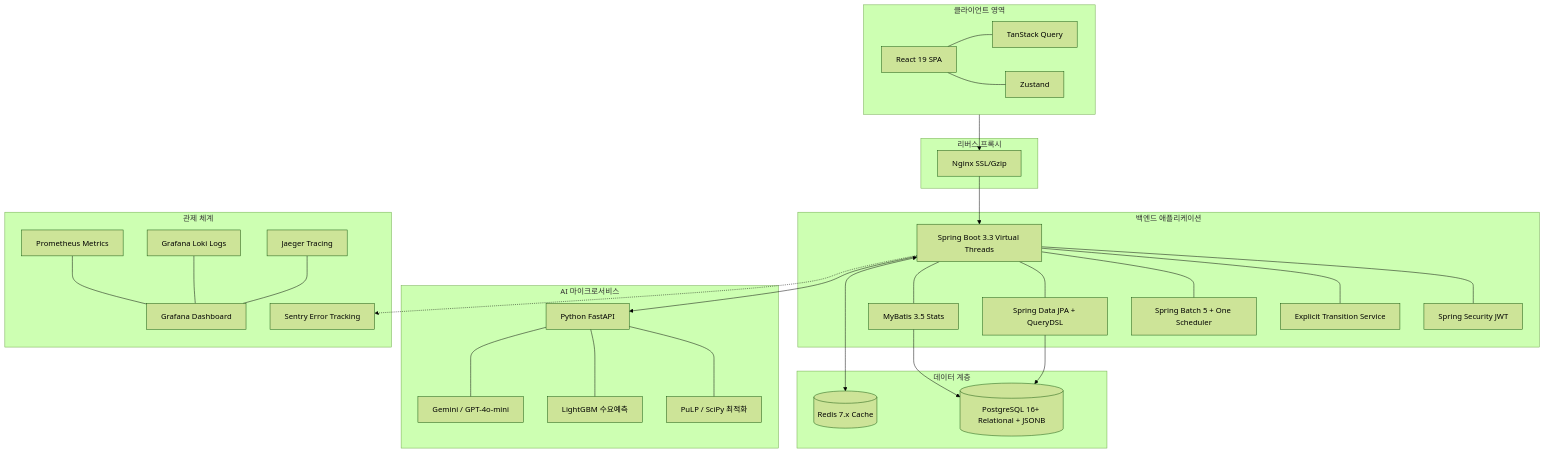
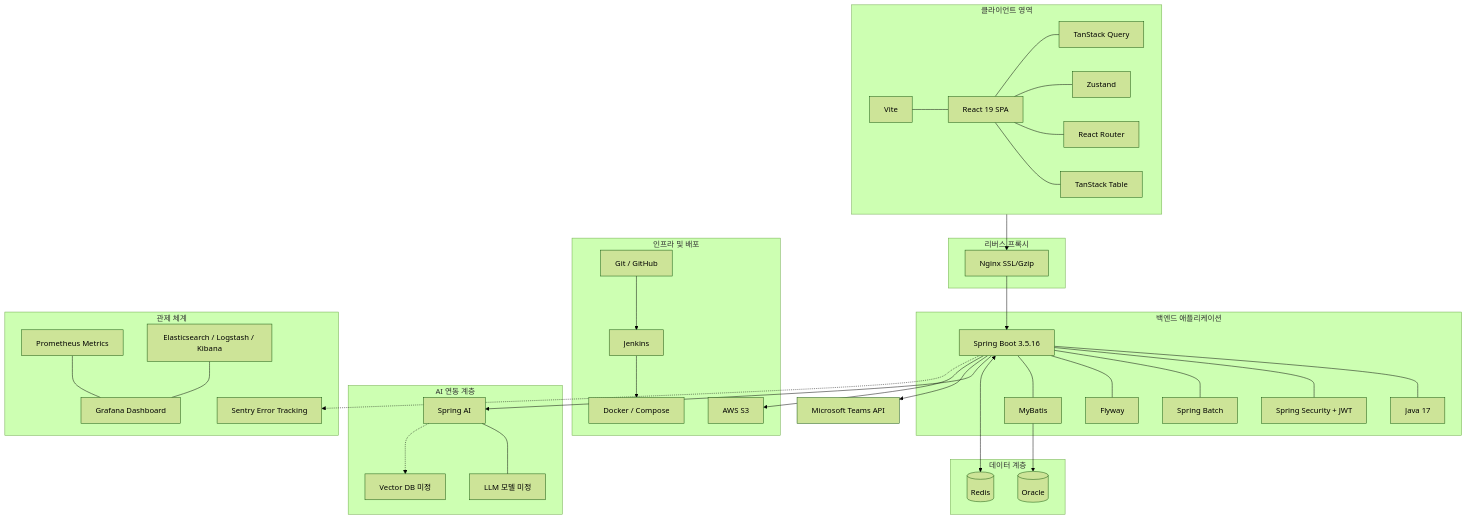
Before and after one commit to kimjunha1231/stock: the diagram in docs/architecture-and-tech-stack.md, drawn with Mermaid (forest theme). The commit also changed other lines of this file and 114 other files, not shown here.

````diff
--- a/docs/architecture-and-tech-stack.md
+++ b/docs/architecture-and-tech-stack.md
@@ -101,64 +90,77 @@
 ```mermaid
 flowchart TB
     subgraph Client [클라이언트 영역]
         UI[React 19 SPA]
+        Router[React Router]
+        Build[Vite]
         Query[TanStack Query]
         Store[Zustand]
+        Table[TanStack Table]
         UI --- Query
         UI --- Store
+        UI --- Router
+        UI --- Table
+        Build --- UI
     end
 
     subgraph WebServer [리버스 프록시]
         Nginx[Nginx SSL/Gzip]
     end
 
     subgraph AppCluster [백엔드 애플리케이션]
-        API[Spring Boot 3.3 Virtual Threads]
-        Security[Spring Security JWT]
-        StateMachine[Explicit Transition Service]
-        Batch[Spring Batch 5 + One Scheduler]
-        JPA[Spring Data JPA + QueryDSL]
-        MyBatis[MyBatis 3.5 Stats]
+        API[Spring Boot 3.5.16]
+        Runtime[Java 17]
+        Security[Spring Security + JWT]
+        Batch[Spring Batch]
+        Migration[Flyway]
+        MyBatis[MyBatis]
         
+        API --- Runtime
         API --- Security
-        API --- StateMachine
         API --- Batch
-        API --- JPA
+        API --- Migration
         API --- MyBatis
     end
 
     subgraph DataStorage [데이터 계층]
-        PG[(PostgreSQL 16+ Relational + JSONB)]
-        Redis[(Redis 7.x Cache)]
+        Oracle[(Oracle)]
+        Redis[(Redis)]
     end
 
-    subgraph AIService [AI 마이크로서비스]
-        FastAPI[Python FastAPI]
-        PuLP[PuLP / SciPy 최적화]
-        ML[LightGBM 수요예측]
-        LLM[Gemini / GPT-4o-mini]
-        
-        FastAPI --- PuLP
-        FastAPI --- ML
-        FastAPI --- LLM
+    subgraph AIService [AI 연동 계층]
+        SpringAI[Spring AI]
+        LLM[LLM 모델 미정]
+        VectorDB[Vector DB 미정]
+        SpringAI --- LLM
+        SpringAI -.-> VectorDB
     end
+
+    subgraph Infra [인프라 및 배포]
+        Docker[Docker / Compose]
+        Jenkins[Jenkins]
+        S3[AWS S3]
+        Git[Git / GitHub]
+    end
+
+    Teams[Microsoft Teams API]
 
     subgraph Monitoring [관제 체계]
         Prometheus[Prometheus Metrics]
-        Loki[Grafana Loki Logs]
-        Jaeger[Jaeger Tracing]
+        ELK[Elasticsearch / Logstash / Kibana]
         Sentry[Sentry Error Tracking]
         Grafana[Grafana Dashboard]
         
         Prometheus --- Grafana
-        Loki --- Grafana
-        Jaeger --- Grafana
+        ELK --- Grafana
     end
 
     Client --> Nginx --> API
-    JPA --> PG
-    MyBatis --> PG
+    MyBatis --> Oracle
     API <--> Redis
-    API --> FastAPI
+    API --> SpringAI
+    API --> Teams
+    Jenkins --> Docker
+    API --> S3
+    Git --> Jenkins
     API -.-> Sentry
 ```
````
